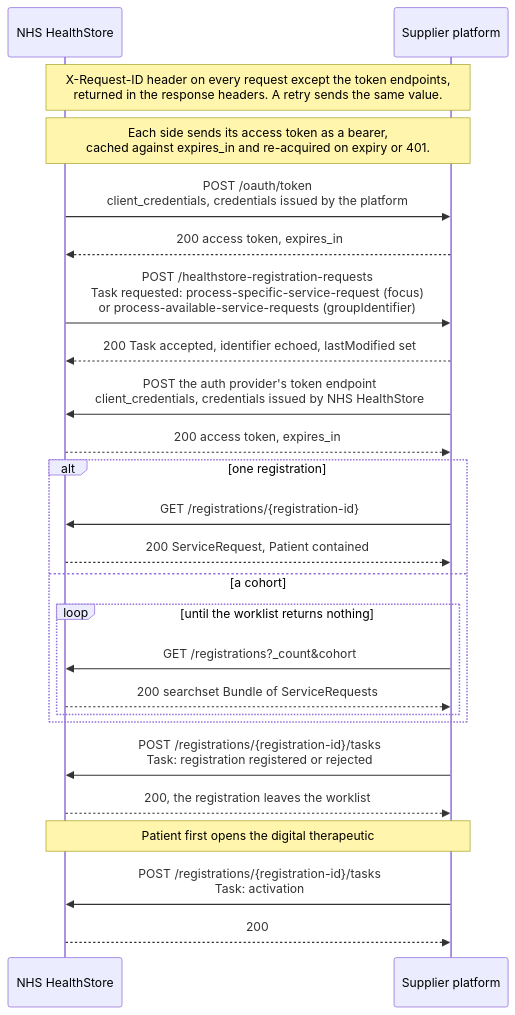
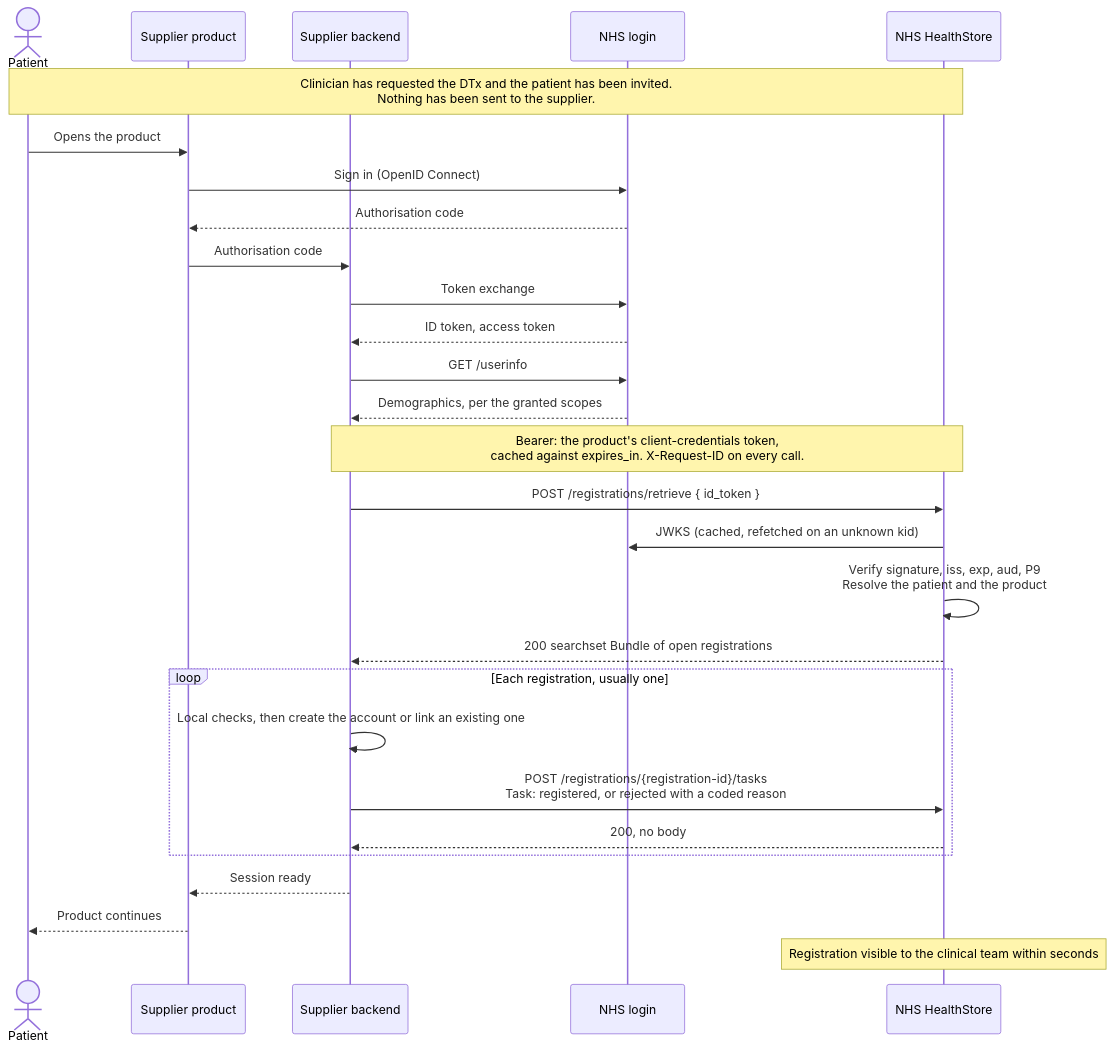
One commit to NHSDigital/healthstore-dtx-supplier-integration-framework changed the diagram in docs/registration-api/registration-sequence.mmd. Above: the diagram before and after it, drawn with Mermaid. The commit also changed 8 other files, not shown here.

```diff
--- a/docs/registration-api/registration-sequence.mmd
+++ b/docs/registration-api/registration-sequence.mmd
@@ -1,32 +1,35 @@
 sequenceDiagram
+    actor Patient
+    participant App as Supplier product
+    participant Backend as Supplier backend
+    participant NHSLogin as NHS login
     participant HealthStore as NHS HealthStore
-    participant Platform as Supplier platform
 
-    Note over HealthStore,Platform: X-Request-ID header on every request except the token endpoints,<br/>returned in the response headers. A retry sends the same value.
-    Note over HealthStore,Platform: Each side sends its access token as a bearer,<br/>cached against expires_in and re-acquired on expiry or 401.
+    Note over Patient,HealthStore: Clinician has requested the DTx and the patient has been invited.<br/>Nothing has been sent to the supplier.
 
-    HealthStore->>Platform: POST /oauth/token<br/>client_credentials, credentials issued by the platform
-    Platform-->>HealthStore: 200 access token, expires_in
+    Patient->>App: Opens the product
+    App->>NHSLogin: Sign in (OpenID Connect)
+    NHSLogin-->>App: Authorisation code
+    App->>Backend: Authorisation code
+    Backend->>NHSLogin: Token exchange
+    NHSLogin-->>Backend: ID token, access token
+    Backend->>NHSLogin: GET /userinfo
+    NHSLogin-->>Backend: Demographics, per the granted scopes
 
-    HealthStore->>Platform: POST /healthstore-registration-requests<br/>Task requested: process-specific-service-request (focus)<br/>or process-available-service-requests (groupIdentifier)
-    Platform-->>HealthStore: 200 Task accepted, identifier echoed, lastModified set
+    Note over Backend,HealthStore: Bearer: the product's client-credentials token,<br/>cached against expires_in. X-Request-ID on every call.
 
-    Platform->>HealthStore: POST the auth provider's token endpoint<br/>client_credentials, credentials issued by NHS HealthStore
-    HealthStore-->>Platform: 200 access token, expires_in
+    Backend->>HealthStore: POST /registrations/retrieve { id_token }
+    HealthStore->>NHSLogin: JWKS (cached, refetched on an unknown kid)
+    HealthStore->>HealthStore: Verify signature, iss, exp, aud, P9<br/>Resolve the patient and the product
+    HealthStore-->>Backend: 200 searchset Bundle of open registrations
 
-    alt one registration
-        Platform->>HealthStore: GET /registrations/{registration-id}
-        HealthStore-->>Platform: 200 ServiceRequest, Patient contained
-    else a cohort
-        loop until the worklist returns nothing
-            Platform->>HealthStore: GET /registrations?_count&cohort
-            HealthStore-->>Platform: 200 searchset Bundle of ServiceRequests
-        end
+    loop Each registration, usually one
+        Backend->>Backend: Local checks, then create the account or link an existing one
+        Backend->>HealthStore: POST /registrations/{registration-id}/tasks<br/>Task: registered, or rejected with a coded reason
+        HealthStore-->>Backend: 200, no body
     end
 
-    Platform->>HealthStore: POST /registrations/{registration-id}/tasks<br/>Task: registration registered or rejected
-    HealthStore-->>Platform: 200, the registration leaves the worklist
+    Backend-->>App: Session ready
+    App-->>Patient: Product continues
 
-    Note over HealthStore,Platform: Patient first opens the digital therapeutic
-    Platform->>HealthStore: POST /registrations/{registration-id}/tasks<br/>Task: activation
-    HealthStore-->>Platform: 200
+    Note over HealthStore: Registration visible to the clinical team within seconds
```
